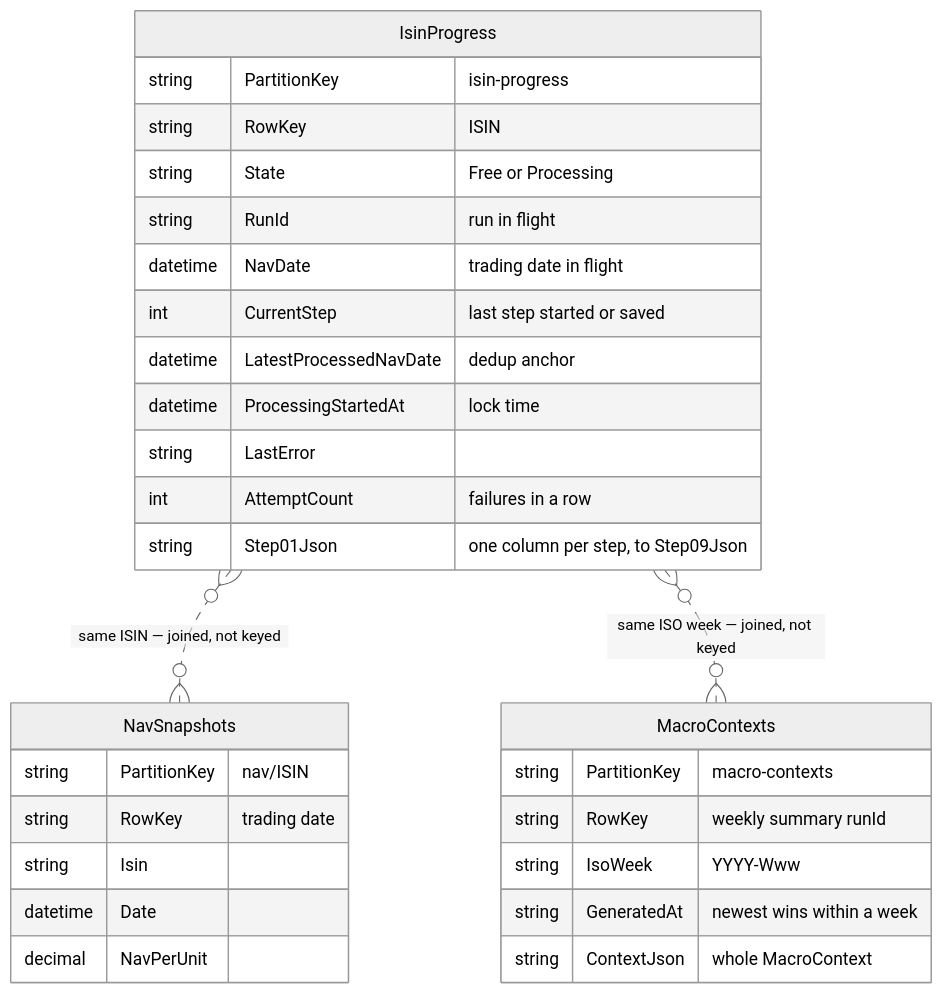
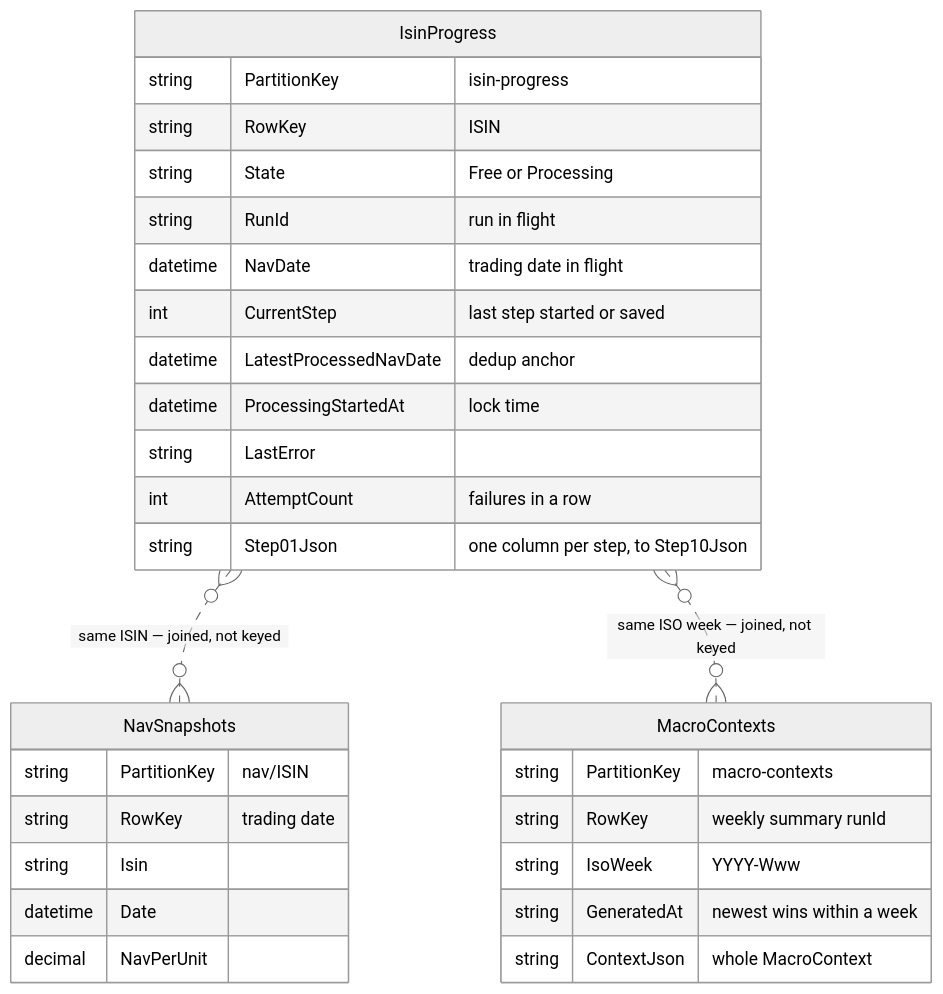
The second of 5 diagrams in Docs/pipeline-redesign/pipeline-data.md (Muhomorik/FikaFinans), drawn with Mermaid (neutral theme) before and after one commit. The commit also changed other lines of this file and 4 other files, not shown here.

````diff
--- a/Docs/pipeline-redesign/pipeline-data.md
+++ b/Docs/pipeline-redesign/pipeline-data.md
@@ -62,32 +66,32 @@
 ```mermaid
 erDiagram
   IsinProgress {
     string PartitionKey "isin-progress"
     string RowKey "ISIN"
     string State "Free or Processing"
     string RunId "run in flight"
     datetime NavDate "trading date in flight"
     int CurrentStep "last step started or saved"
     datetime LatestProcessedNavDate "dedup anchor"
     datetime ProcessingStartedAt "lock time"
     string LastError
     int AttemptCount "failures in a row"
-    string Step01Json "one column per step, to Step09Json"
+    string Step01Json "one column per step, to Step10Json"
   }
   MacroContexts {
     string PartitionKey "macro-contexts"
     string RowKey "weekly summary runId"
     string IsoWeek "YYYY-Www"
     string GeneratedAt "newest wins within a week"
     string ContextJson "whole MacroContext"
   }
   NavSnapshots {
     string PartitionKey "nav/ISIN"
     string RowKey "trading date"
     string Isin
     datetime Date
     decimal NavPerUnit
   }
   IsinProgress }o..o{ NavSnapshots : "same ISIN — joined, not keyed"
   IsinProgress }o..o{ MacroContexts : "same ISO week — joined, not keyed"
 ```
````
